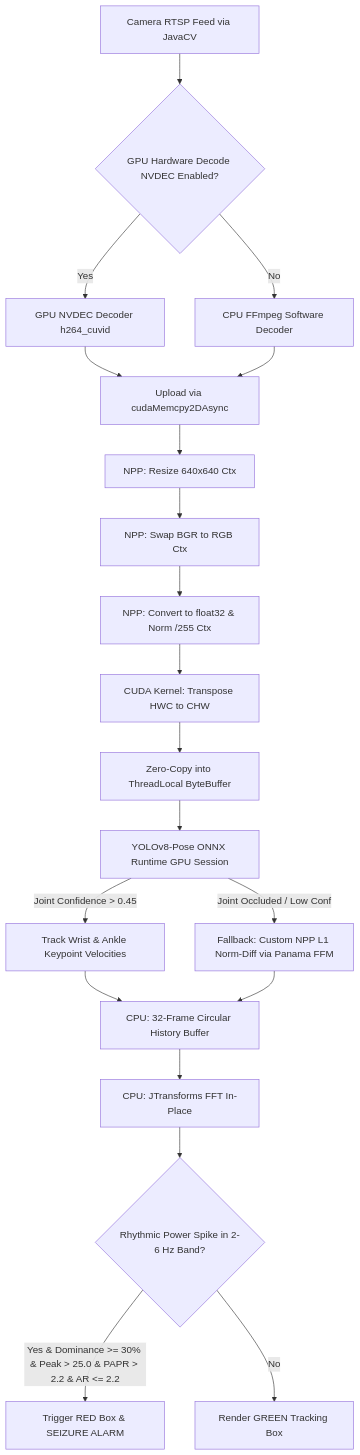
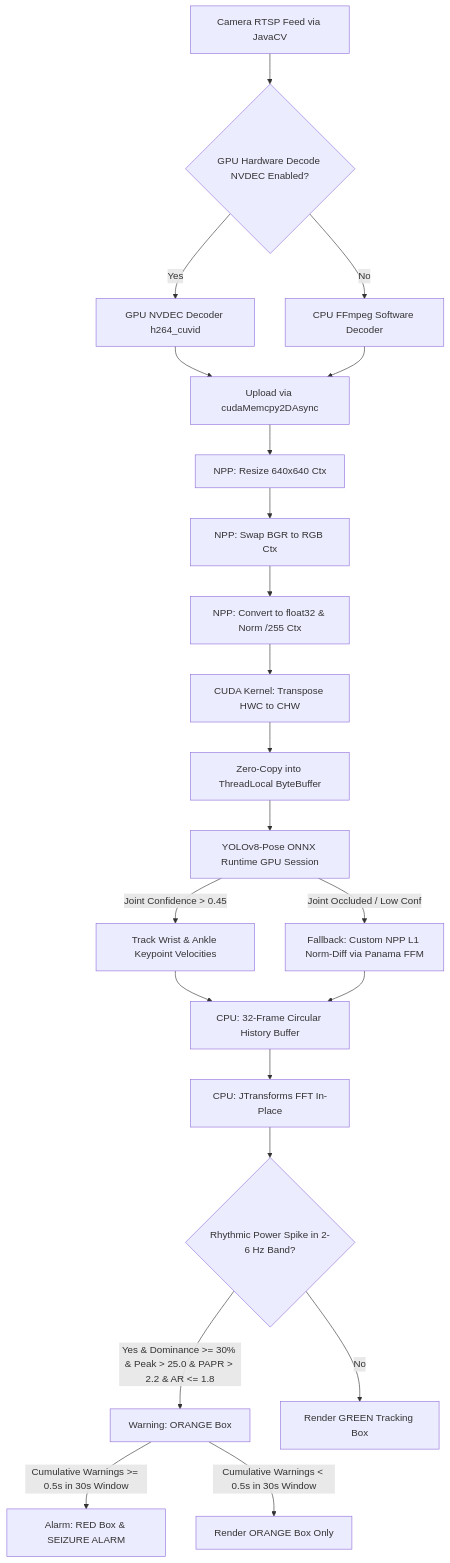
The diagram in TapoViewerMonitorV2/README.md (markvasey/mystuff), drawn with Mermaid before and after one commit. The commit also changed other lines of this file, not shown here.

````diff
--- a/TapoViewerMonitorV2/README.md
+++ b/TapoViewerMonitorV2/README.md
@@ -23,22 +23,24 @@
 ```mermaid
 graph TD
     A[Camera RTSP Feed via JavaCV] --> B{GPU Hardware Decode NVDEC Enabled?}
     B -- Yes --> C[GPU NVDEC Decoder h264_cuvid]
     B -- No --> D[CPU FFmpeg Software Decoder]
     C --> E[Upload via cudaMemcpy2DAsync]
     D --> E
     E --> F[NPP: Resize 640x640 Ctx]
     F --> G[NPP: Swap BGR to RGB Ctx]
     G --> H[NPP: Convert to float32 & Norm /255 Ctx]
     H --> I[CUDA Kernel: Transpose HWC to CHW]
     I --> J[Zero-Copy into ThreadLocal ByteBuffer]
     J --> K[YOLOv8-Pose ONNX Runtime GPU Session]
     K -- Joint Confidence > 0.45 --> L[Track Wrist & Ankle Keypoint Velocities]
     K -- Joint Occluded / Low Conf --> M[Fallback: Custom NPP L1 Norm-Diff via Panama FFM]
     L --> N[CPU: 32-Frame Circular History Buffer]
     M --> N
     N --> O[CPU: JTransforms FFT In-Place]
     O --> P{Rhythmic Power Spike in 2-6 Hz Band?}
-    P -- Yes & Dominance >= 30% & Peak > 25.0 & PAPR > 2.2 & AR <= 2.2 --> Q[Trigger RED Box & SEIZURE ALARM]
-    P -- No --> R[Render GREEN Tracking Box]
+    P -- Yes & Dominance >= 30% & Peak > 25.0 & PAPR > 2.2 & AR <= 1.8 --> Q[Warning: ORANGE Box]
+    Q -- Cumulative Warnings >= 0.5s in 30s Window --> S[Alarm: RED Box & SEIZURE ALARM]
+    Q -- Cumulative Warnings < 0.5s in 30s Window --> R[Render ORANGE Box Only]
+    P -- No --> T[Render GREEN Tracking Box]
 ```
````
